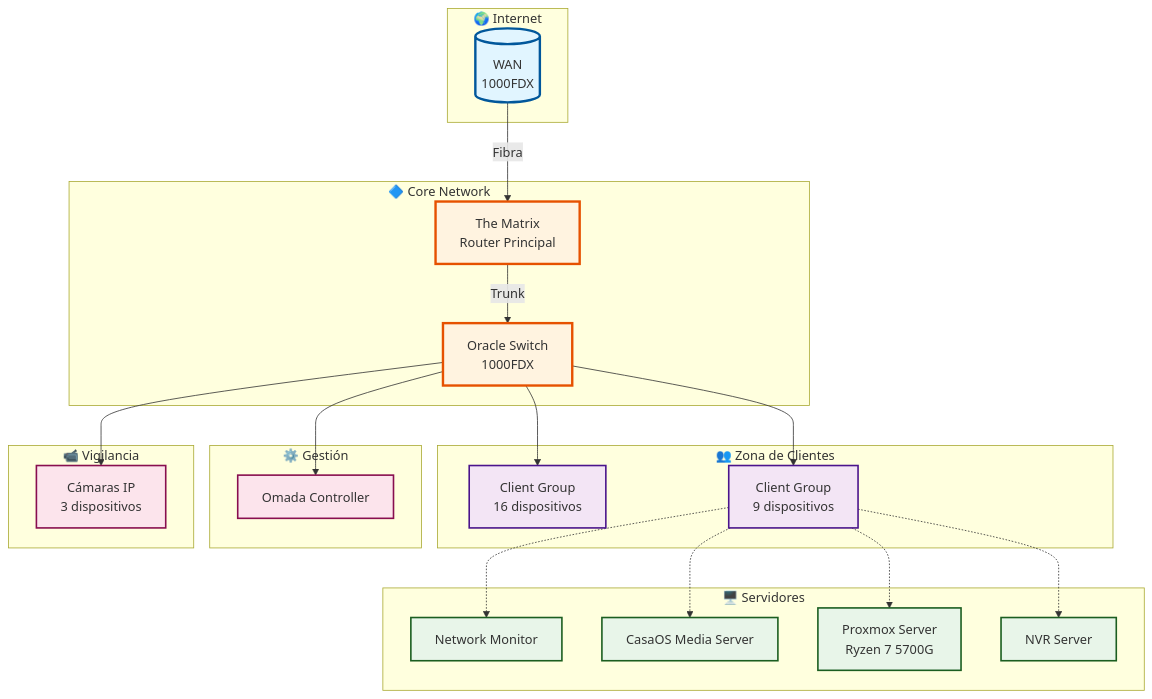
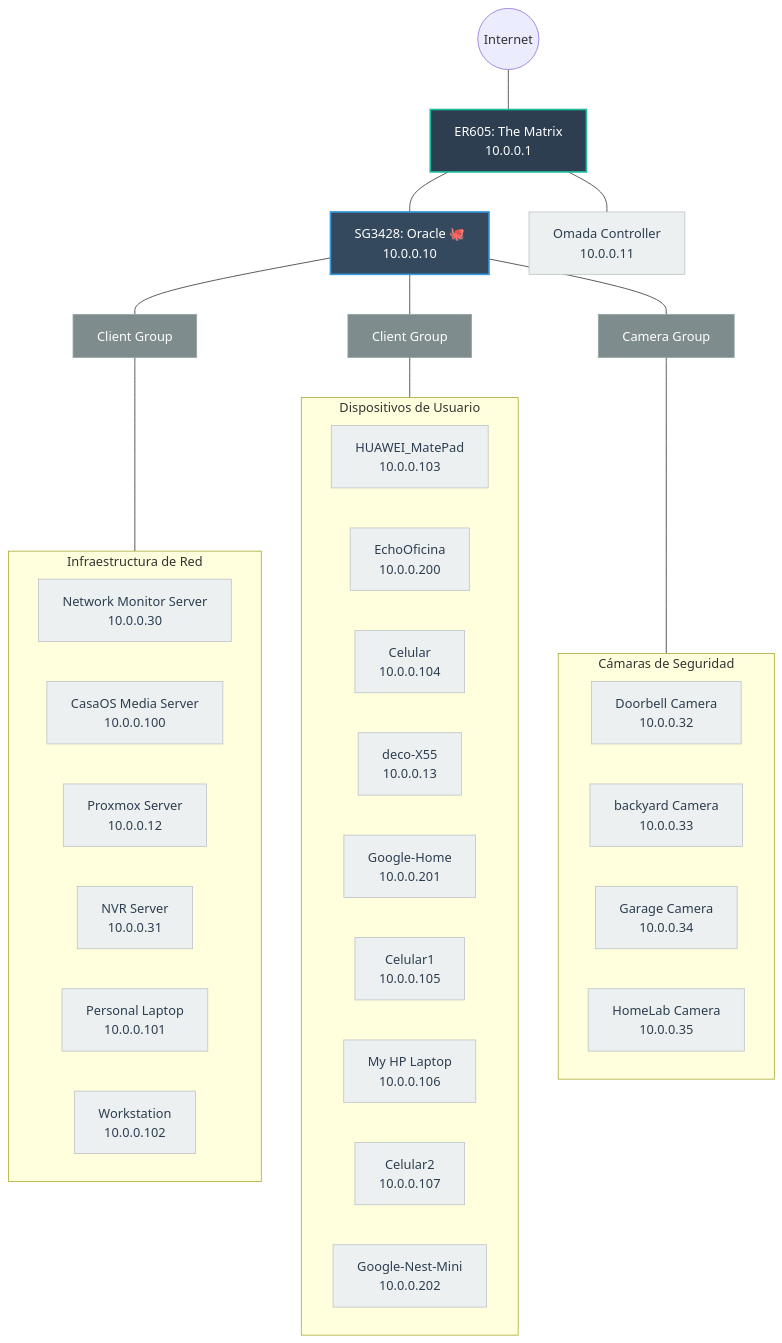
Before and after one commit to devlewiso/homelab-architecture: the first of 2 diagrams in README.md, drawn with Mermaid.

Commit message:
Subiendo arquitectura v2 topo v2

````diff
--- a/README.md
+++ b/README.md
@@ -30,60 +30,54 @@
 ```mermaid
-graph TB
-    subgraph Internet["🌍 Internet"]
-        WAN1[("WAN<br/>1000FDX")]
+graph TD
+    %% Estilos de hardware Omada
+    classDef router fill:#2c3e50,stroke:#1abc9c,stroke-width:2px,color:#fff
+    classDef switch fill:#34495e,stroke:#3498db,stroke-width:2px,color:#fff
+    classDef device fill:#ecf0f1,stroke:#bdc3c7,color:#2c3e50
+    classDef group fill:#7f8c8d,stroke:#95a5a6,color:#fff
+
+    %% Nivel de Entrada
+    WAN1((Internet)) --- TheMatrix["ER605: The Matrix<br/>10.0.0.1"]:::router
+
+    %% Distribución Core
+    TheMatrix --- Oracle["SG3428: Oracle 🐙<br/>10.0.0.10"]:::switch
+    TheMatrix --- Controller["Omada Controller<br/>10.0.0.11"]:::device
+
+    %% Grupos de Red
+    Oracle --- ClientGroup1[Client Group]:::group
+    Oracle --- ClientGroup2[Client Group]:::group
+    Oracle --- CameraGroup[Camera Group]:::group
+
+    %% Dispositivos - Client Group (Rama 1 - Infraestructura)
+    subgraph Clients_A [Infraestructura de Red]
+        S1["Network Monitor Server<br/>10.0.0.30"]:::device
+        S2["CasaOS Media Server<br/>10.0.0.100"]:::device
+        S3["Proxmox Server<br/>10.0.0.12"]:::device
+        S4["NVR Server<br/>10.0.0.31"]:::device
+        S5["Personal Laptop<br/>10.0.0.101"]:::device
+        S6["Workstation<br/>10.0.0.102"]:::device
     end
-    
-    subgraph Core["🔷 Core Network"]
-        Matrix["The Matrix<br/>Router Principal"]
-        Oracle["Oracle Switch<br/>1000FDX"]
+    ClientGroup1 --- Clients_A
+
+    %% Dispositivos - Client Group (Rama WiFi/Personal)
+    subgraph Clients_B [Dispositivos de Usuario]
+        D1["HUAWEI_MatePad<br/>10.0.0.103"]:::device
+        D2["EchoOficina<br/>10.0.0.200"]:::device
+        D3["Celular<br/>10.0.0.104"]:::device
+        D4["deco-X55<br/>10.0.0.13"]:::device
+        D5["Google-Home<br/>10.0.0.201"]:::device
+        D6["Celular1<br/>10.0.0.105"]:::device
+        D7["My HP Laptop<br/>10.0.0.106"]:::device
+        D8["Celular2<br/>10.0.0.107"]:::device
+        D9["Google-Nest-Mini<br/>10.0.0.202"]:::device
     end
-    
-    subgraph ClientZone["👥 Zona de Clientes"]
-        ClientGroup1["Client Group<br/>16 dispositivos"]
-        ClientGroup2["Client Group<br/>9 dispositivos"]
+    ClientGroup2 --- Clients_B
+
+    %% Dispositivos - Camera Group (EZVIZ)
+    subgraph Cameras [Cámaras de Seguridad]
+        C1["Doorbell Camera<br/>10.0.0.32"]:::device
+        C2["backyard Camera<br/>10.0.0.33"]:::device
+        C3["Garage Camera<br/>10.0.0.34"]:::device
+        C4["HomeLab Camera<br/>10.0.0.35"]:::device
     end
-    
-    subgraph Management["⚙️ Gestión"]
-        OmadaCtrl["Omada Controller"]
-    end
-    
-    subgraph Surveillance["📹 Vigilancia"]
-        CameraGroup["Cámaras IP<br/>3 dispositivos"]
-    end
-    
-    subgraph Servers["🖥️ Servidores"]
-        NetworkMonitor["Network Monitor"]
-        CasaOS["CasaOS Media Server"]
-        ProxmoxSrv["Proxmox Server<br/>Ryzen 7 5700G"]
-        NVR["NVR Server"]
-    end
-    
-    %% Conexiones principales
-    WAN1 -->|"Fibra"| Matrix
-    Matrix -->|"Trunk"| Oracle
-    
-    %% Distribución
-    Oracle --> ClientGroup1
-    Oracle --> ClientGroup2
-    Oracle --> CameraGroup
-    Oracle --> OmadaCtrl
-    
-    %% Servidores
-    ClientGroup2 -.-> NetworkMonitor
-    ClientGroup2 -.-> CasaOS
-    ClientGroup2 -.-> ProxmoxSrv
-    ClientGroup2 -.-> NVR
-    
-    %% Estilos
-    classDef internetStyle fill:#e1f5ff,stroke:#01579b,stroke-width:3px
-    classDef coreStyle fill:#fff3e0,stroke:#e65100,stroke-width:3px
-    classDef clientStyle fill:#f3e5f5,stroke:#4a148c,stroke-width:2px
-    classDef serverStyle fill:#e8f5e9,stroke:#1b5e20,stroke-width:2px
-    classDef mgmtStyle fill:#fce4ec,stroke:#880e4f,stroke-width:2px
-    
-    class WAN1 internetStyle
-    class Matrix,Oracle coreStyle
-    class ClientGroup1,ClientGroup2 clientStyle
-    class NetworkMonitor,CasaOS,ProxmoxSrv,NVR serverStyle
-    class OmadaCtrl,CameraGroup mgmtStyle
+    CameraGroup --- Cameras
 ```
````
